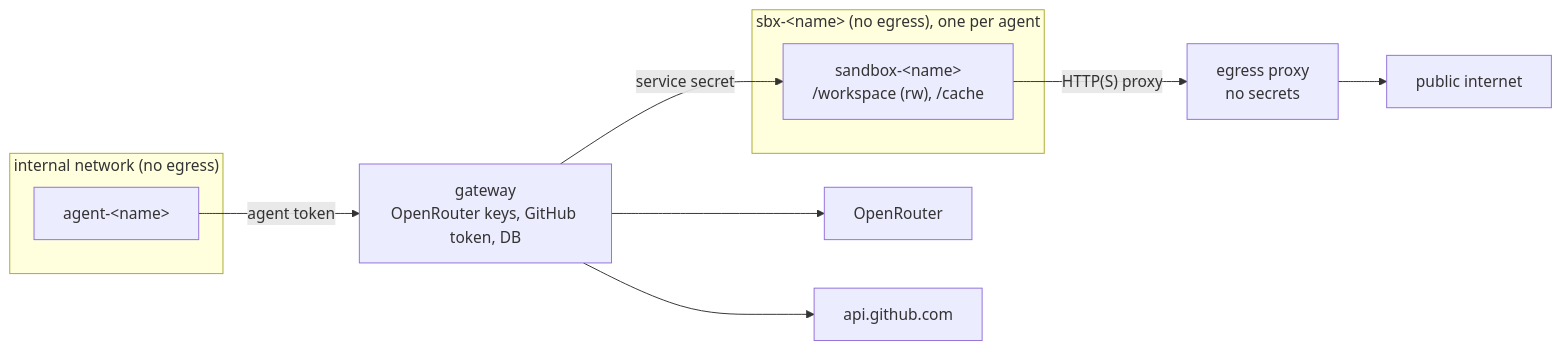
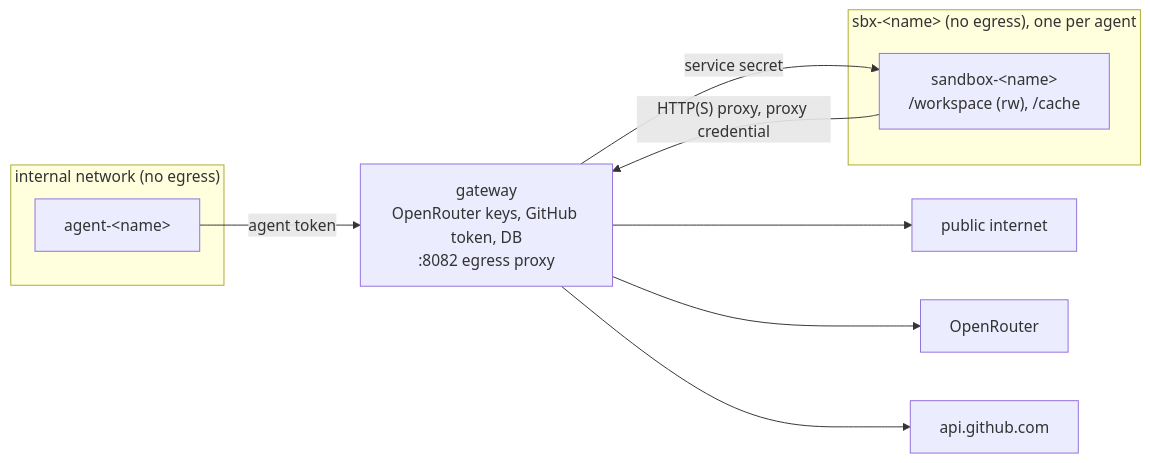
One commit to kjhughes097/sharpclaw changed the diagram in docs/sharpclaw-external-tools-spec.md. Above: the diagram before and after it, drawn with Mermaid. The commit also changed other lines of this file and 2 other files, not shown here.

Commit message:
docs: fold egress proxy into the gateway (CONNECT + plain HTTP)

````diff
--- a/docs/sharpclaw-external-tools-spec.md
+++ b/docs/sharpclaw-external-tools-spec.md
@@ -78,18 +83,17 @@
 ```mermaid
 flowchart LR
   subgraph internal["internal network (no egress)"]
     agent["agent-&lt;name&gt;"]
   end
   subgraph sbxnet["sbx-&lt;name&gt; (no egress), one per agent"]
     sandbox["sandbox-&lt;name&gt;<br/>/workspace (rw), /cache"]
   end
-  gateway["gateway<br/>OpenRouter keys, GitHub token, DB"]
-  egress["egress proxy<br/>no secrets"]
+  gateway["gateway<br/>OpenRouter keys, GitHub token, DB<br/>:8082 egress proxy"]
 
   agent -- "agent token" --> gateway
   gateway -- "service secret" --> sandbox
-  sandbox -- "HTTP(S) proxy" --> egress
-  egress --> internet["public internet"]
+  sandbox -- "HTTP(S) proxy, proxy credential" --> gateway
+  gateway --> internet["public internet"]
   gateway --> openrouter["OpenRouter"]
   gateway --> github["api.github.com"]
 ```
````
